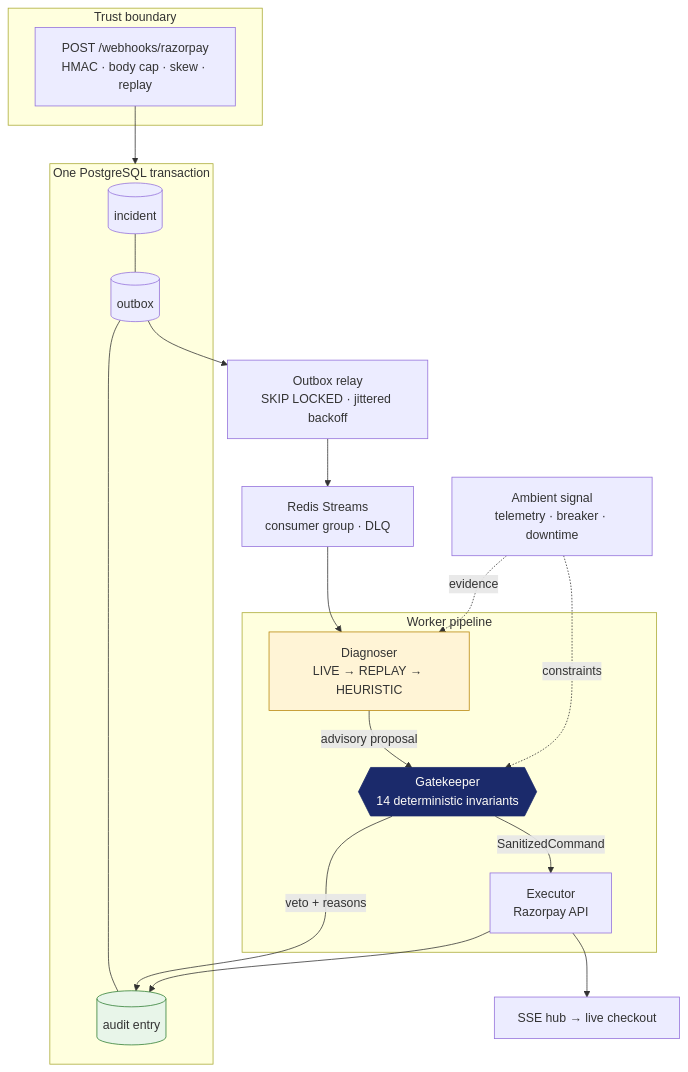
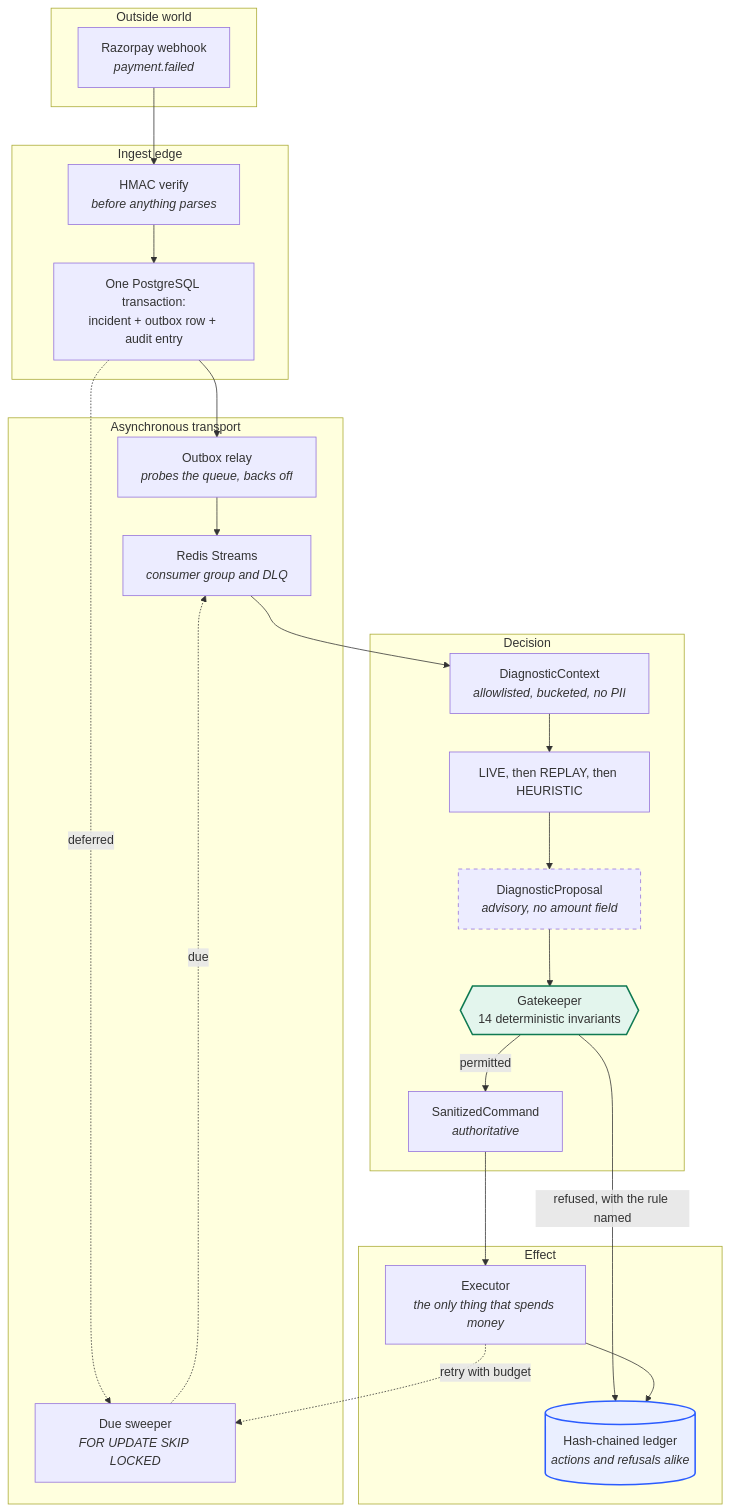
One commit to vighriday/ResilientMesh-Razorpaybuildathon changed the first of 3 diagrams in README.md. Above: the diagram before and after it, drawn with Mermaid. The commit also changed other lines of this file and 25 other files, not shown here.

````diff
--- a/README.md
+++ b/README.md
@@ -140,39 +130,43 @@
 ```mermaid
 flowchart TB
-    subgraph edge["Trust boundary"]
-        WH["POST /webhooks/razorpay<br/>HMAC · body cap · skew · replay"]
+    subgraph edge["Outside world"]
+        WH["Razorpay webhook<br/><i>payment.failed</i>"]
     end
 
-    subgraph durable["One PostgreSQL transaction"]
-        INC[("incident")]
-        OUT[("outbox")]
-        AUD[("audit entry")]
+    subgraph ingest["Ingest edge"]
+        HMAC["HMAC verify<br/><i>before anything parses</i>"]
+        TX["One PostgreSQL transaction:<br/>incident + outbox row + audit entry"]
     end
 
-    RELAY["Outbox relay<br/>SKIP LOCKED · jittered backoff"]
-    Q["Redis Streams<br/>consumer group · DLQ"]
-
-    subgraph pipe["Worker pipeline"]
-        DIAG["Diagnoser<br/>LIVE → REPLAY → HEURISTIC"]
-        GATE{{"Gatekeeper<br/>14 deterministic invariants"}}
-        EXEC["Executor<br/>Razorpay API"]
+    subgraph transport["Asynchronous transport"]
+        RELAY["Outbox relay<br/><i>probes the queue, backs off</i>"]
+        STREAM["Redis Streams<br/><i>consumer group and DLQ</i>"]
+        SWEEP["Due sweeper<br/><i>FOR UPDATE SKIP LOCKED</i>"]
     end
 
-    SIG["Ambient signal<br/>telemetry · breaker · downtime"]
-    SSE["SSE hub → live checkout"]
+    subgraph decide["Decision"]
+        CTX["DiagnosticContext<br/><i>allowlisted, bucketed, no PII</i>"]
+        TIERS["LIVE, then REPLAY, then HEURISTIC"]
+        PROP["DiagnosticProposal<br/><i>advisory, no amount field</i>"]
+        GATE{{"Gatekeeper<br/>14 deterministic invariants"}}
+        CMD["SanitizedCommand<br/><i>authoritative</i>"]
+    end
 
-    WH --> durable
-    INC --- OUT --- AUD
-    OUT --> RELAY --> Q --> DIAG
-    SIG -.evidence.-> DIAG
-    DIAG -- "advisory proposal" --> GATE
-    SIG -.constraints.-> GATE
-    GATE -- "SanitizedCommand" --> EXEC
-    GATE -- "veto + reasons" --> AUD
-    EXEC --> SSE
-    EXEC --> AUD
+    subgraph act["Effect"]
+        EXEC["Executor<br/><i>the only thing that spends money</i>"]
+        LEDGER[("Hash-chained ledger<br/><i>actions and refusals alike</i>")]
+    end
 
-    style GATE fill:#1b2a6b,color:#fffdf8,stroke:#1b2a6b
-    style DIAG fill:#fff4d6,stroke:#b8860b
-    style AUD fill:#e8f5e9,stroke:#2e7d32
+    WH --> HMAC --> TX
+    TX --> RELAY --> STREAM --> CTX
+    TX -. deferred .-> SWEEP -. due .-> STREAM
+    CTX --> TIERS --> PROP --> GATE
+    GATE -->|permitted| CMD --> EXEC
+    GATE -->|refused, with the rule named| LEDGER
+    EXEC --> LEDGER
+    EXEC -. retry with budget .-> SWEEP
+
+    style GATE fill:#e3f5ed,stroke:#0f7a52,stroke-width:2px
+    style PROP stroke-dasharray: 5 5
+    style LEDGER fill:#eaefff,stroke:#2b5cff,stroke-width:2px
 ```
````
